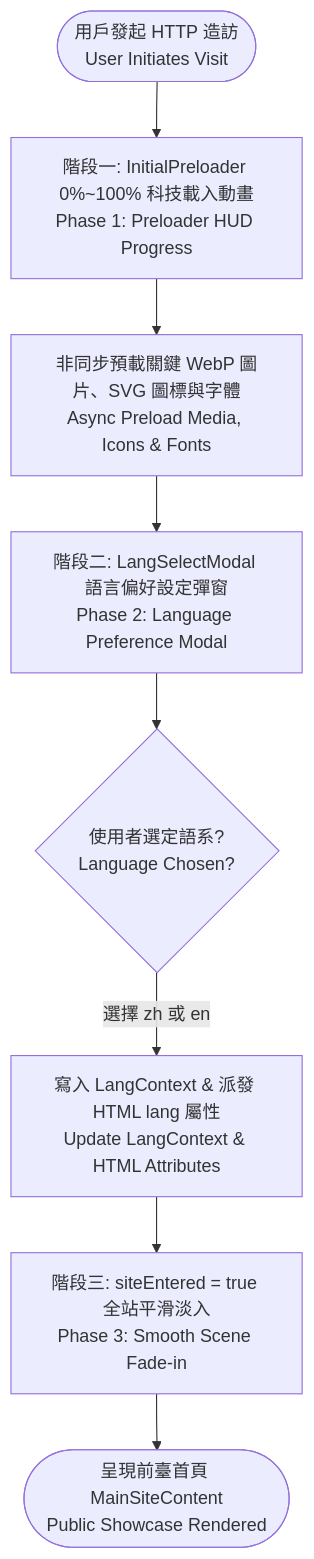
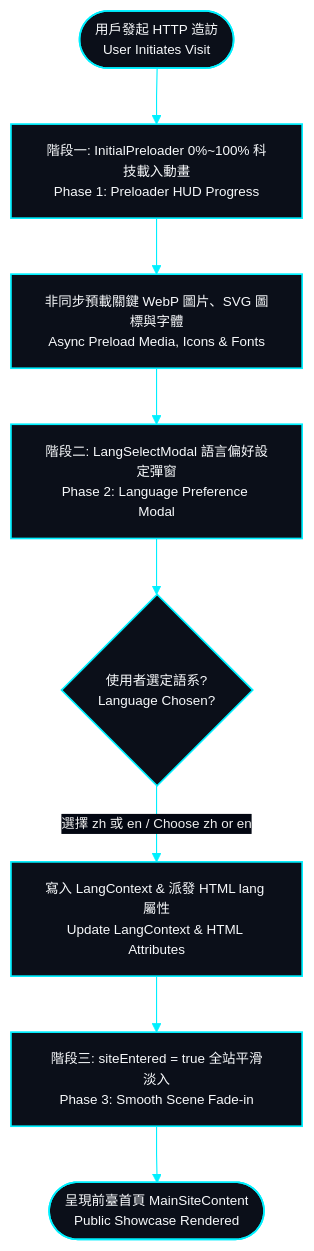
Before and after one commit to EricXJason/my-portfolio-website: the first of 4 diagrams in docs/system-design/05-flowcharts.md, drawn with Mermaid. The commit also changed other lines of this file and 11 other files, not shown here.

Commit message:
feat: harmonize architecture diagrams, formalize developer preferences, and consolidate README specifications

````diff
--- a/docs/system-design/05-flowcharts.md
+++ b/docs/system-design/05-flowcharts.md
@@ -14,10 +14,28 @@
 ```mermaid
+%%{init: {
+  'theme': 'base',
+  'themeVariables': {
+    'darkMode': true,
+    'background': '#030712',
+    'mainBkg': '#0b0f19',
+    'nodeBorder': '#00f0ff',
+    'textColor': '#f8fafc',
+    'lineColor': '#00f0ff',
+    'edgeLabelBackground': '#030712',
+    'fontSize': '12px'
+  },
+  'flowchart': {
+    'curve': 'linear'
+  }
+}}%%
 flowchart TD
-    Start([用戶發起 HTTP 造訪<br>User Initiates Visit]) --> Step1[階段一: InitialPreloader 0%~100% 科技載入動畫<br>Phase 1: Preloader HUD Progress]
-    Step1 --> Preload[非同步預載關鍵 WebP 圖片、SVG 圖標與字體<br>Async Preload Media, Icons & Fonts]
-    Preload --> Step2[階段二: LangSelectModal 語言偏好設定彈窗<br>Phase 2: Language Preference Modal]
-    Step2 --> UserChoice{使用者選定語系?<br>Language Chosen?}
-    UserChoice -- 選擇 zh 或 en --> SetLang[寫入 LangContext & 派發 HTML lang 屬性<br>Update LangContext & HTML Attributes]
-    SetLang --> Step3[階段三: siteEntered = true 全站平滑淡入<br>Phase 3: Smooth Scene Fade-in]
-    Step3 --> MainView([呈現前臺首頁 MainSiteContent<br>Public Showcase Rendered])
+    classDef hudCard fill:#0b0f19,stroke:#00f0ff,stroke-width:1.5px,color:#f8fafc;
+
+    Start([用戶發起 HTTP 造訪<br>User Initiates Visit]):::hudCard --> Step1[階段一: InitialPreloader 0%~100% 科技載入動畫<br>Phase 1: Preloader HUD Progress]:::hudCard
+    Step1 --> Preload[非同步預載關鍵 WebP 圖片、SVG 圖標與字體<br>Async Preload Media, Icons & Fonts]:::hudCard
+    Preload --> Step2[階段二: LangSelectModal 語言偏好設定彈窗<br>Phase 2: Language Preference Modal]:::hudCard
+    Step2 --> UserChoice{使用者選定語系?<br>Language Chosen?}:::hudCard
+    UserChoice -->|"選擇 zh 或 en / Choose zh or en"| SetLang[寫入 LangContext & 派發 HTML lang 屬性<br>Update LangContext & HTML Attributes]:::hudCard
+    SetLang --> Step3[階段三: siteEntered = true 全站平滑淡入<br>Phase 3: Smooth Scene Fade-in]:::hudCard
+    Step3 --> MainView([呈現前臺首頁 MainSiteContent<br>Public Showcase Rendered]):::hudCard
 ```
````
